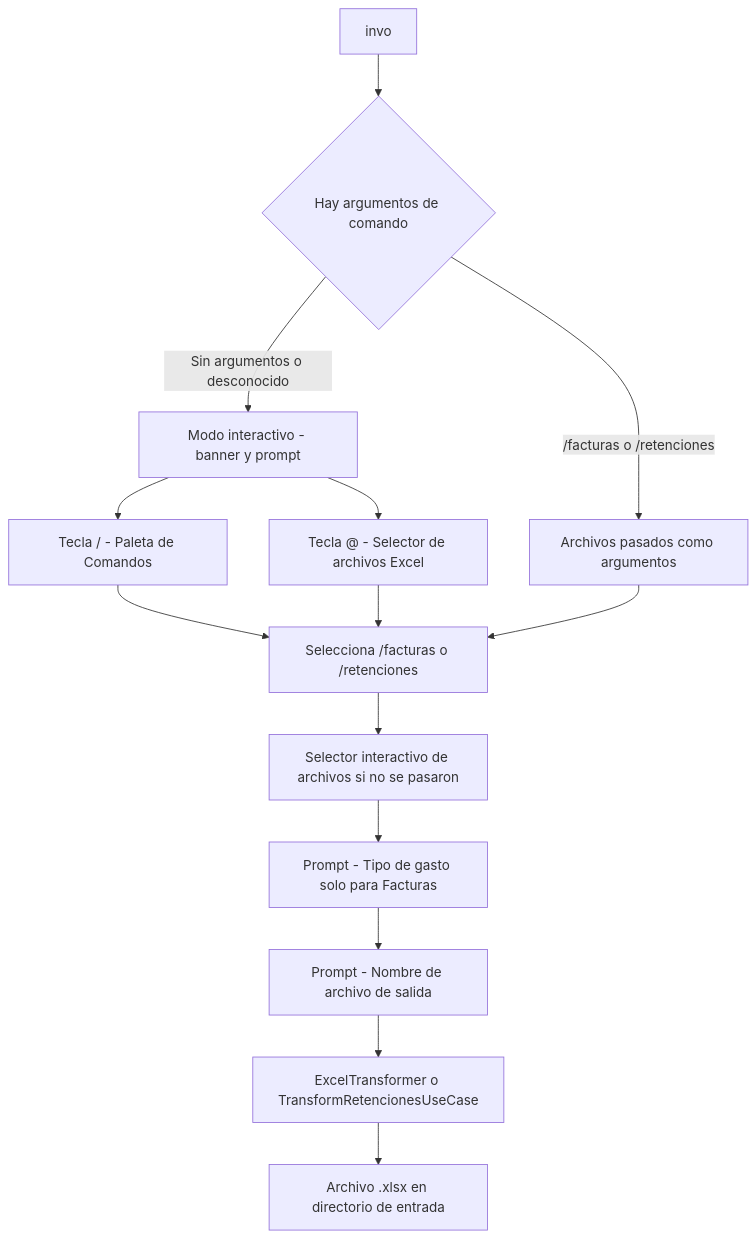
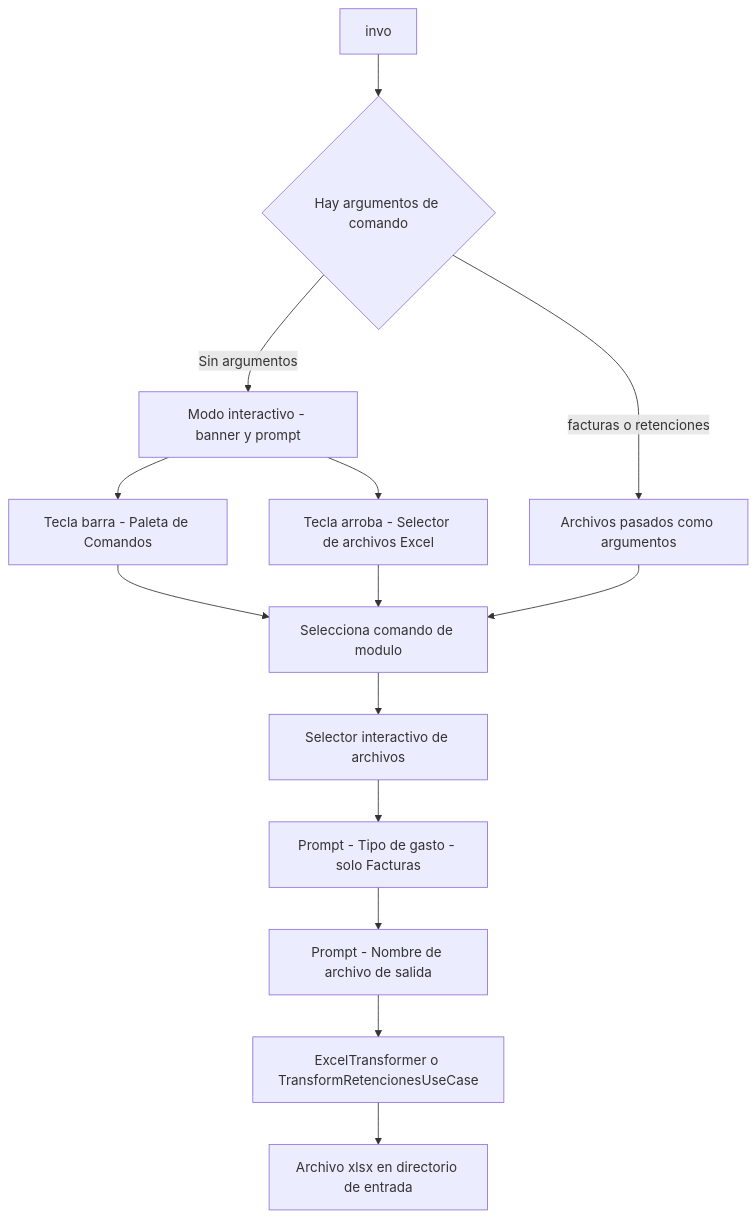
Before and after one commit to juxnbernxrdo/invoiceflow: the first of 2 diagrams in README.md, drawn with Mermaid. The commit also changed other lines of this file, not shown here.

Commit message:
fix: remove special chars from mermaid diagrams to fix GitHub rendering

````diff
--- a/README.md
+++ b/README.md
@@ -201,16 +201,16 @@
 ```mermaid
 flowchart TD
-    A["invo"] --> B{"Hay argumentos de comando"}
-    B -->|"/facturas o /retenciones"| D["Archivos pasados como argumentos"]
-    B -->|"Sin argumentos o desconocido"| C["Modo interactivo - banner y prompt"]
-    C --> C1["Tecla / - Paleta de Comandos"]
-    C --> C2["Tecla @ - Selector de archivos Excel"]
-    C1 --> E["Selecciona /facturas o /retenciones"]
+    A[invo] --> B{Hay argumentos de comando}
+    B -->|facturas o retenciones| D[Archivos pasados como argumentos]
+    B -->|Sin argumentos| C[Modo interactivo - banner y prompt]
+    C --> C1[Tecla barra - Paleta de Comandos]
+    C --> C2[Tecla arroba - Selector de archivos Excel]
+    C1 --> E[Selecciona comando de modulo]
     C2 --> E
     D --> E
-    E --> F["Selector interactivo de archivos si no se pasaron"]
-    F --> G["Prompt - Tipo de gasto solo para Facturas"]
-    G --> H["Prompt - Nombre de archivo de salida"]
-    H --> I["ExcelTransformer o TransformRetencionesUseCase"]
-    I --> J["Archivo .xlsx en directorio de entrada"]
+    E --> F[Selector interactivo de archivos]
+    F --> G[Prompt - Tipo de gasto - solo Facturas]
+    G --> H[Prompt - Nombre de archivo de salida]
+    H --> I[ExcelTransformer o TransformRetencionesUseCase]
+    I --> J[Archivo xlsx en directorio de entrada]
 ```
````
